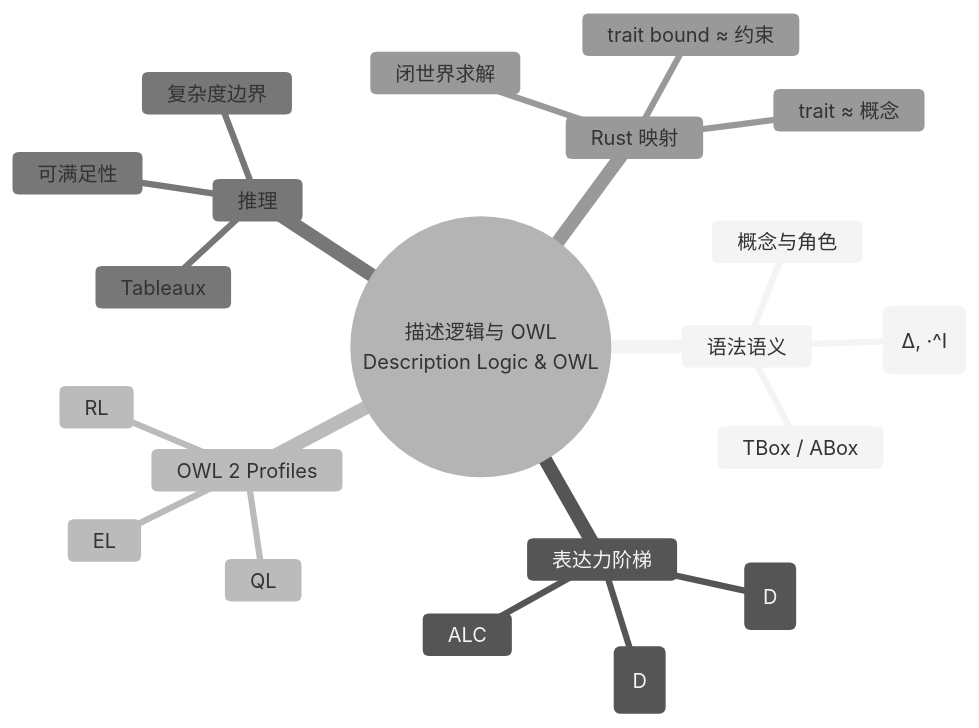
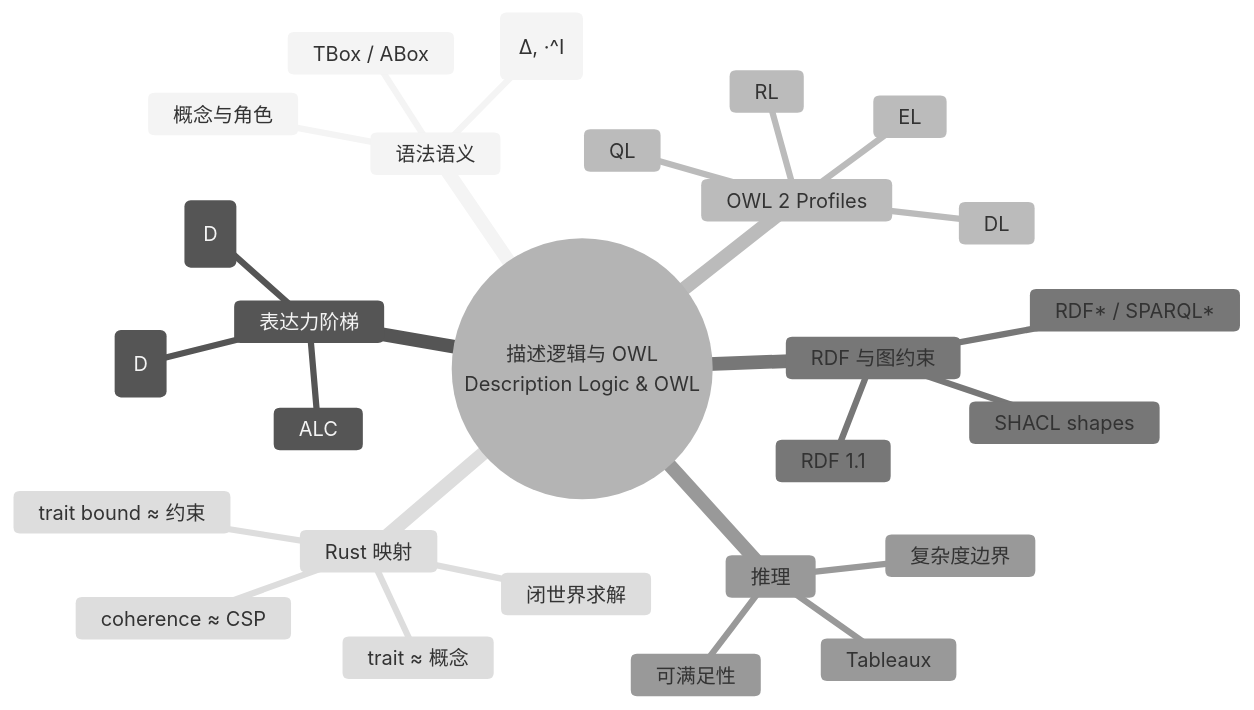
The second of 2 diagrams in concept/04_formal/13_semantic_engineering/02_description_logic_and_owl.md (martin-ly/rust-lang), drawn with Mermaid (neutral theme) before and after one commit. The commit also changed other lines of this file and 8 other files, not shown here.

````diff
--- a/concept/04_formal/13_semantic_engineering/02_description_logic_and_owl.md
+++ b/concept/04_formal/13_semantic_engineering/02_description_logic_and_owl.md
@@ -257,24 +394,30 @@
 ```mermaid
 mindmap
   root((描述逻辑与 OWL<br/>Description Logic & OWL))
     语法语义
       TBox / ABox
       概念与角色
       解释 I = (Δ, ·^I)
     表达力阶梯
       ALC
       SHOIN(D)
       SROIQ(D)
     OWL 2 Profiles
       EL
       QL
       RL
+      DL
+    RDF 与图约束
+      RDF 1.1
+      RDF* / SPARQL*
+      SHACL shapes
     推理
       Tableaux
       可满足性
       复杂度边界
     Rust 映射
       trait ≈ 概念
       trait bound ≈ 约束
+      coherence ≈ CSP
       闭世界求解
 ```
````
